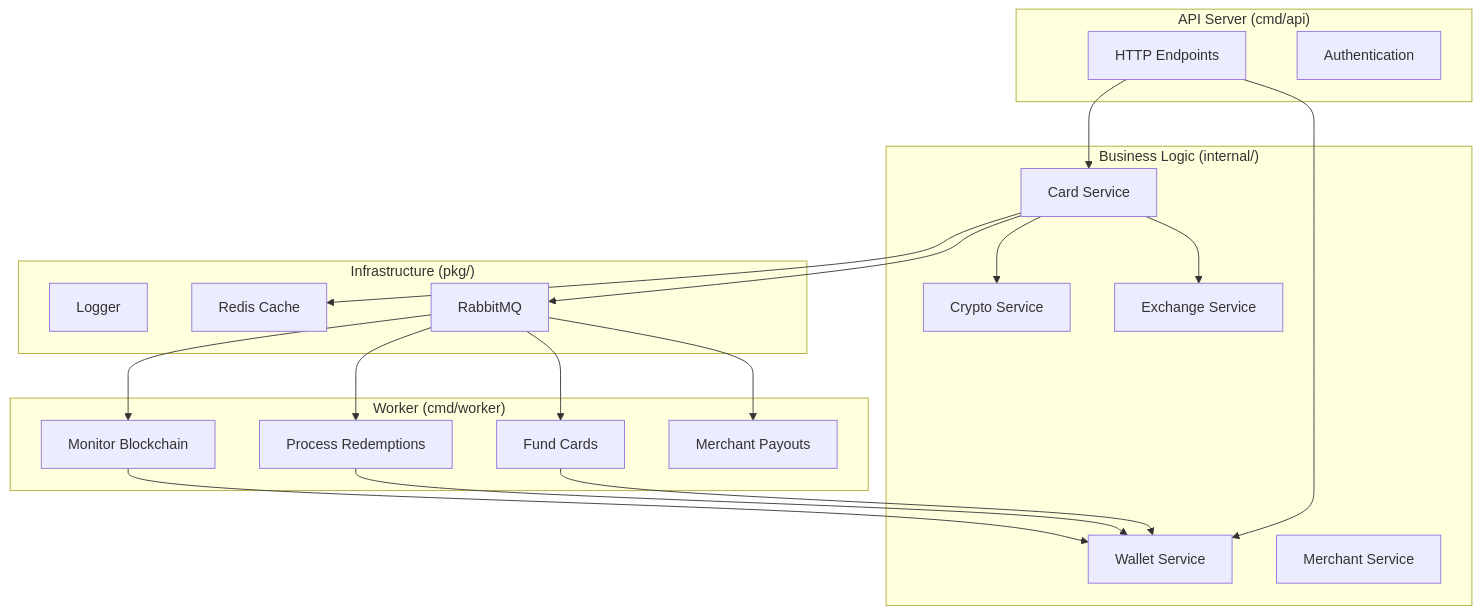
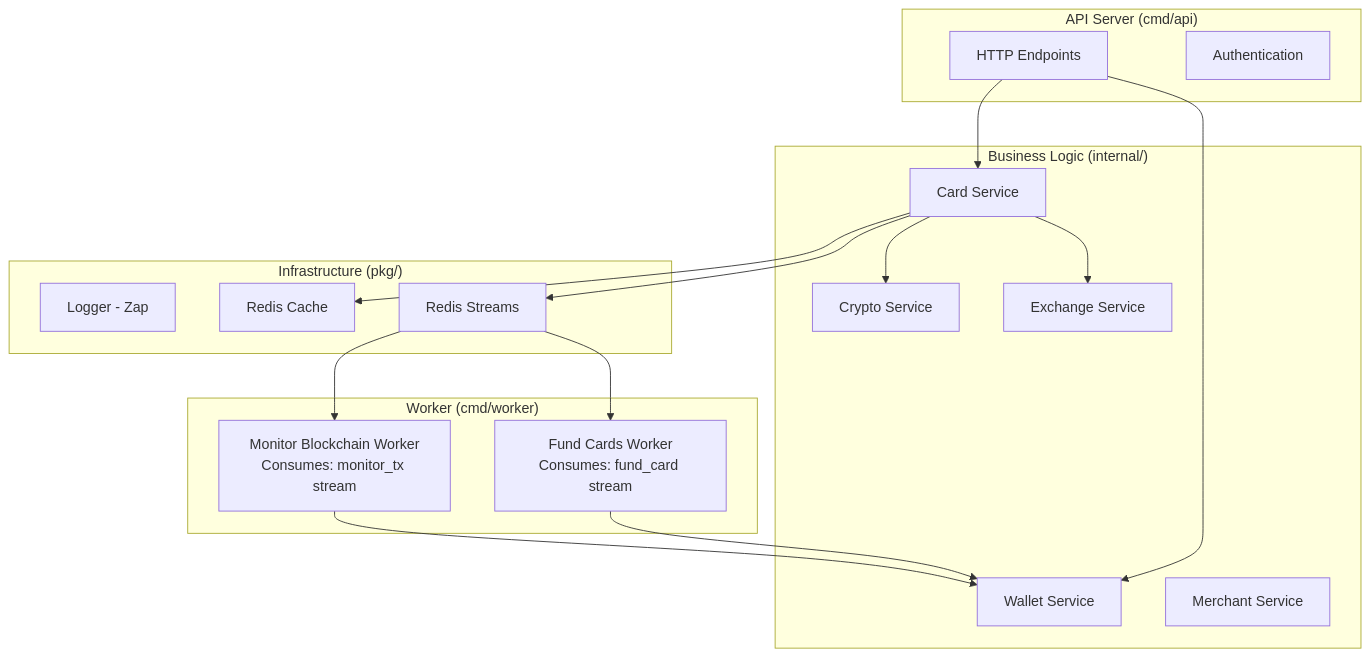
The seventh of 8 diagrams in README.md (DanielDucuara2018/btc-giftcard), drawn with Mermaid before and after one commit. The commit also changed other lines of this file and 8 other files, not shown here.

First line of the commit message:
feat: add Redis Streams queue and exchange price providers

````diff
--- a/README.md
+++ b/README.md
@@ -367,44 +367,39 @@
 ```mermaid
 graph TB
     subgraph "API Server (cmd/api)"
         API[HTTP Endpoints]
         Auth[Authentication]
     end
 
     subgraph "Business Logic (internal/)"
         Card[Card Service]
         Wallet[Wallet Service]
         Crypto[Crypto Service]
         Exchange[Exchange Service]
         Merchant[Merchant Service]
     end
 
     subgraph "Infrastructure (pkg/)"
-        Logger[Logger]
+        Logger[Logger - Zap]
         Cache[Redis Cache]
-        Queue[RabbitMQ]
+        Queue[Redis Streams]
     end
 
     subgraph "Worker (cmd/worker)"
-        FundJob[Fund Cards]
-        RedeemJob[Process Redemptions]
-        MonitorJob[Monitor Blockchain]
-        PayoutJob[Merchant Payouts]
+        FundJob[Fund Cards Worker<br/>Consumes: fund_card stream]
+        MonitorJob[Monitor Blockchain Worker<br/>Consumes: monitor_tx stream]
     end
 
     API --> Card
     API --> Wallet
     Card --> Crypto
     Card --> Exchange
     Card --> Cache
     Card --> Queue
 
     Queue --> FundJob
-    Queue --> RedeemJob
     Queue --> MonitorJob
-    Queue --> PayoutJob
 
     FundJob --> Wallet
-    RedeemJob --> Wallet
     MonitorJob --> Wallet
 ```
````
